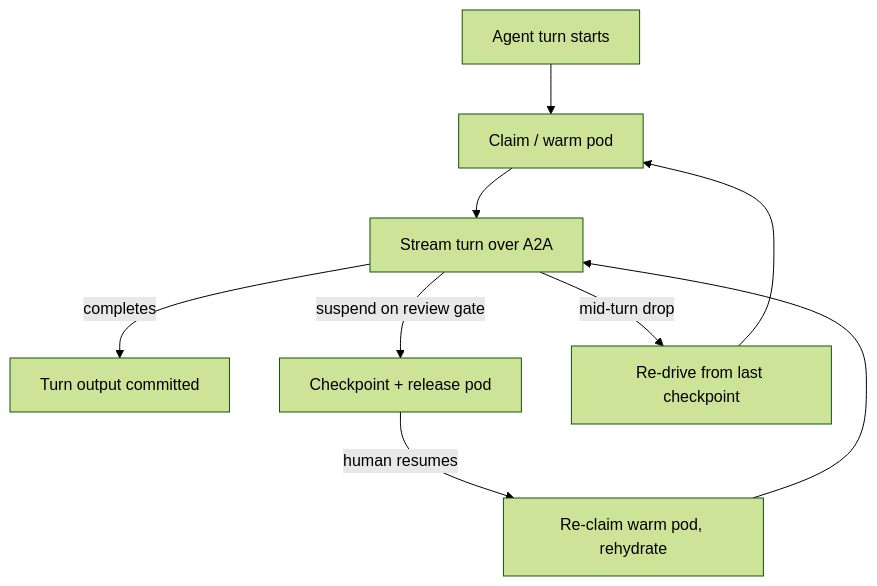
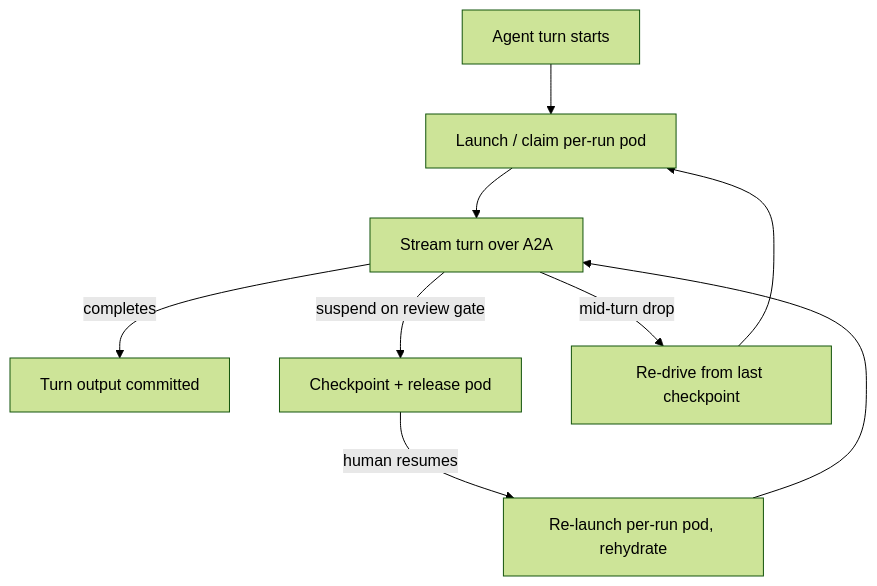
The second of 2 diagrams in docs/experience/a2a-distributed-agents.md (sabbour/agentweaver), drawn with Mermaid (forest theme) before and after one commit. The commit also changed other lines of this file and 83 other files, not shown here.

````diff
--- a/docs/experience/a2a-distributed-agents.md
+++ b/docs/experience/a2a-distributed-agents.md
@@ -68,11 +68,11 @@
 ```mermaid
 flowchart TD
-    Turn[Agent turn starts] --> Pod[Claim / warm pod]
+    Turn[Agent turn starts] --> Pod[Launch / claim per-run pod]
     Pod --> Run[Stream turn over A2A]
     Run -->|completes| Commit[Turn output committed]
     Run -->|suspend on review gate| Release[Checkpoint + release pod]
-    Release -->|human resumes| Rehydrate[Re-claim warm pod, rehydrate]
+    Release -->|human resumes| Rehydrate[Re-launch per-run pod, rehydrate]
     Rehydrate --> Run
     Run -->|mid-turn drop| Redrive[Re-drive from last checkpoint]
     Redrive --> Pod
 ```
````
